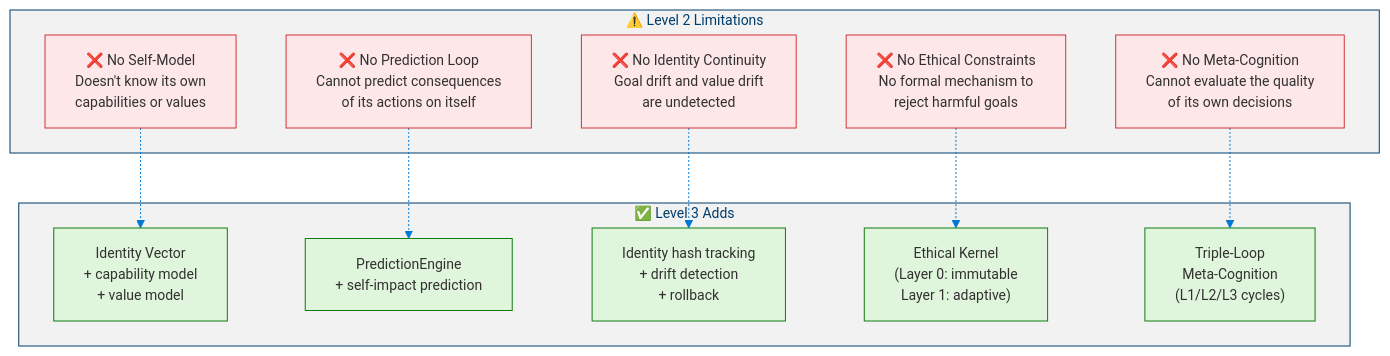
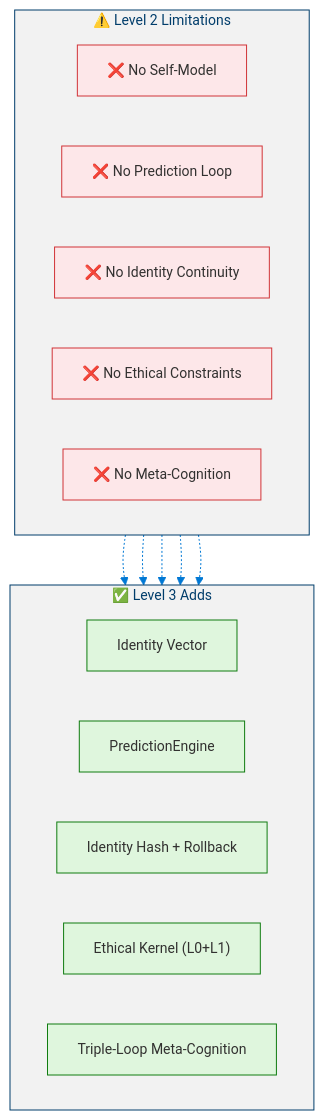
Before and after one commit to dotnetpower/mscp: the seventh of 8 diagrams in docs/levels/Level_2_Autonomous_Agent.md, drawn with Mermaid. The commit also changed other lines of this file and 10 other files, not shown here.

````diff
--- a/docs/levels/Level_2_Autonomous_Agent.md
+++ b/docs/levels/Level_2_Autonomous_Agent.md
@@ -614,28 +628,30 @@
 ```mermaid
 %%{init: {'theme': 'base', 'themeVariables': {'primaryColor': '#0078D4', 'primaryTextColor': '#003D6B', 'primaryBorderColor': '#003D6B', 'secondaryColor': '#50E6FF', 'secondaryTextColor': '#323130', 'secondaryBorderColor': '#00BCF2', 'tertiaryColor': '#F2F2F2', 'tertiaryTextColor': '#323130', 'lineColor': '#0078D4', 'textColor': '#323130', 'mainBkg': '#DEECF9', 'nodeBorder': '#0078D4', 'clusterBkg': '#F2F2F2', 'clusterBorder': '#003D6B', 'titleColor': '#003D6B', 'edgeLabelBackground': '#FFFFFF', 'fontSize': '14px'}}}%%
 flowchart TD
   classDef dangerLight fill:#FDE7E9,stroke:#D13438,color:#323130
   classDef successLight fill:#DFF6DD,stroke:#107C10,color:#323130
 
   subgraph Limitations["⚠️ Level 2 Limitations"]
-    L1["❌ No Self-Model<br/>Doesn't know its own<br/>capabilities or values"]:::dangerLight
-    L2["❌ No Prediction Loop<br/>Cannot predict consequences<br/>of its actions on itself"]:::dangerLight
-    L3["❌ No Identity Continuity<br/>Goal drift and value drift<br/>are undetected"]:::dangerLight
-    L4["❌ No Ethical Constraints<br/>No formal mechanism to<br/>reject harmful goals"]:::dangerLight
-    L5["❌ No Meta-Cognition<br/>Cannot evaluate the quality<br/>of its own decisions"]:::dangerLight
+    direction LR
+    L1["❌ No Self-Model"]:::dangerLight
+    L2["❌ No Prediction Loop"]:::dangerLight
+    L3["❌ No Identity Continuity"]:::dangerLight
+    L4["❌ No Ethical Constraints"]:::dangerLight
+    L5["❌ No Meta-Cognition"]:::dangerLight
   end
 
   subgraph L3Additions["✅ Level 3 Adds"]
-    A1["Identity Vector<br/>+ capability model<br/>+ value model"]:::successLight
-    A2["PredictionEngine<br/>+ self-impact prediction"]:::successLight
-    A3["Identity hash tracking<br/>+ drift detection<br/>+ rollback"]:::successLight
-    A4["Ethical Kernel<br/>(Layer 0: immutable<br/>Layer 1: adaptive)"]:::successLight
-    A5["Triple-Loop<br/>Meta-Cognition<br/>(L1/L2/L3 cycles)"]:::successLight
+    direction LR
+    A1["Identity Vector"]:::successLight
+    A2["PredictionEngine"]:::successLight
+    A3["Identity Hash + Rollback"]:::successLight
+    A4["Ethical Kernel (L0+L1)"]:::successLight
+    A5["Triple-Loop Meta-Cognition"]:::successLight
   end
 
   L1 -.-> A1
   L2 -.-> A2
   L3 -.-> A3
   L4 -.-> A4
   L5 -.-> A5
 ```
````
